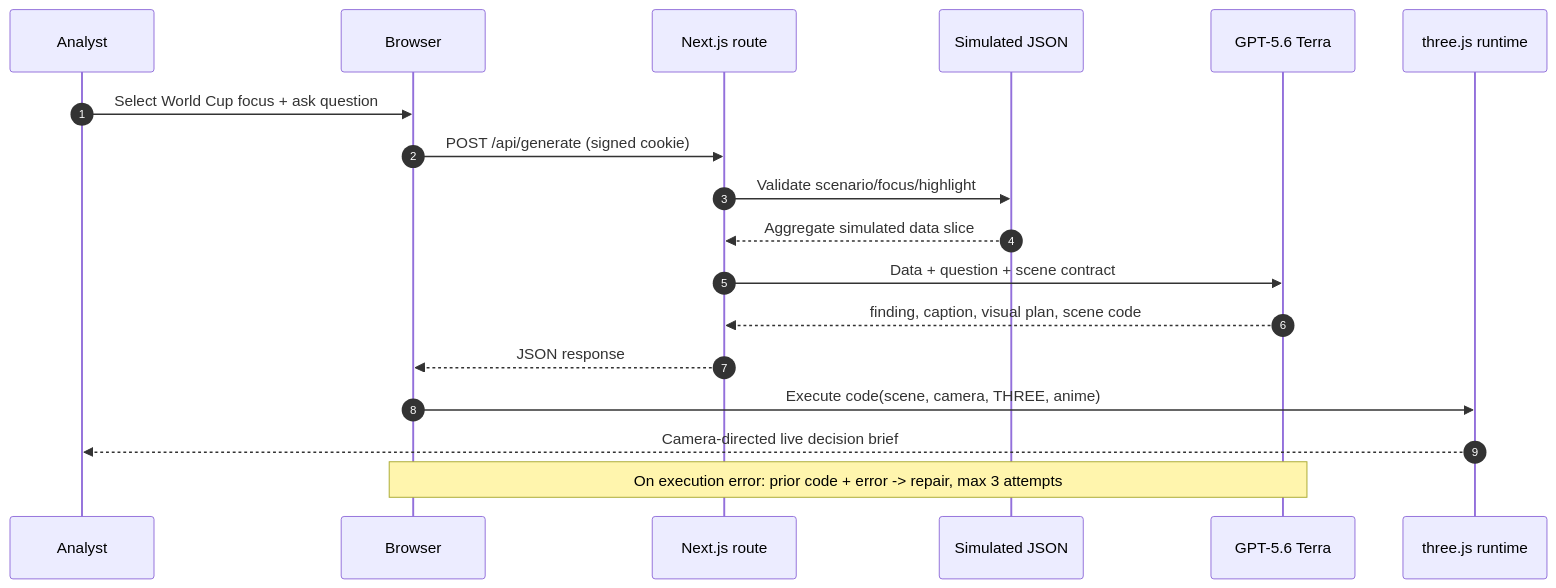
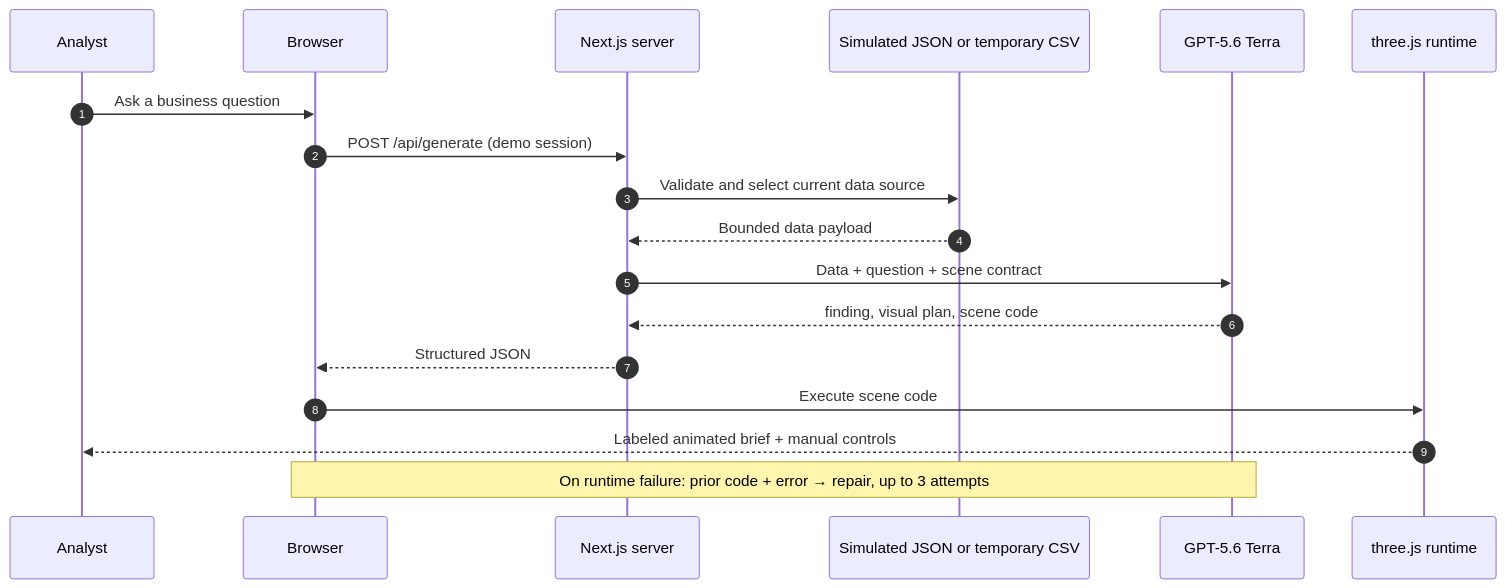
One commit to jwlai-cloud/insightmotion changed the third of 3 diagrams in docs/submission/DIAGRAMS.md. Above: the diagram before and after it, drawn with Mermaid. The commit also changed other lines of this file and 9 other files, not shown here.

First line of the commit message:
feat: add scene controls and recording-ready submission assets

````diff
--- a/docs/submission/DIAGRAMS.md
+++ b/docs/submission/DIAGRAMS.md
@@ -33,21 +43,21 @@
 ```mermaid
 sequenceDiagram
   autonumber
   participant A as Analyst
   participant B as Browser
-  participant S as Next.js route
-  participant J as Simulated JSON
+  participant S as Next.js server
+  participant D as Simulated JSON or temporary CSV
   participant G as GPT-5.6 Terra
   participant R as three.js runtime
 
-  A->>B: Select World Cup focus + ask question
-  B->>S: POST /api/generate (signed cookie)
-  S->>J: Validate scenario/focus/highlight
-  J-->>S: Aggregate simulated data slice
+  A->>B: Ask a business question
+  B->>S: POST /api/generate (demo session)
+  S->>D: Validate and select current data source
+  D-->>S: Bounded data payload
   S->>G: Data + question + scene contract
-  G-->>S: finding, caption, visual plan, scene code
-  S-->>B: JSON response
-  B->>R: Execute code(scene, camera, THREE, anime)
-  R-->>A: Camera-directed live decision brief
-  Note over B,G: On execution error: prior code + error -> repair, max 3 attempts
+  G-->>S: finding, visual plan, scene code
+  S-->>B: Structured JSON
+  B->>R: Execute scene code
+  R-->>A: Labeled animated brief + manual controls
+  Note over B,G: On runtime failure: prior code + error → repair, up to 3 attempts
 ```
````
